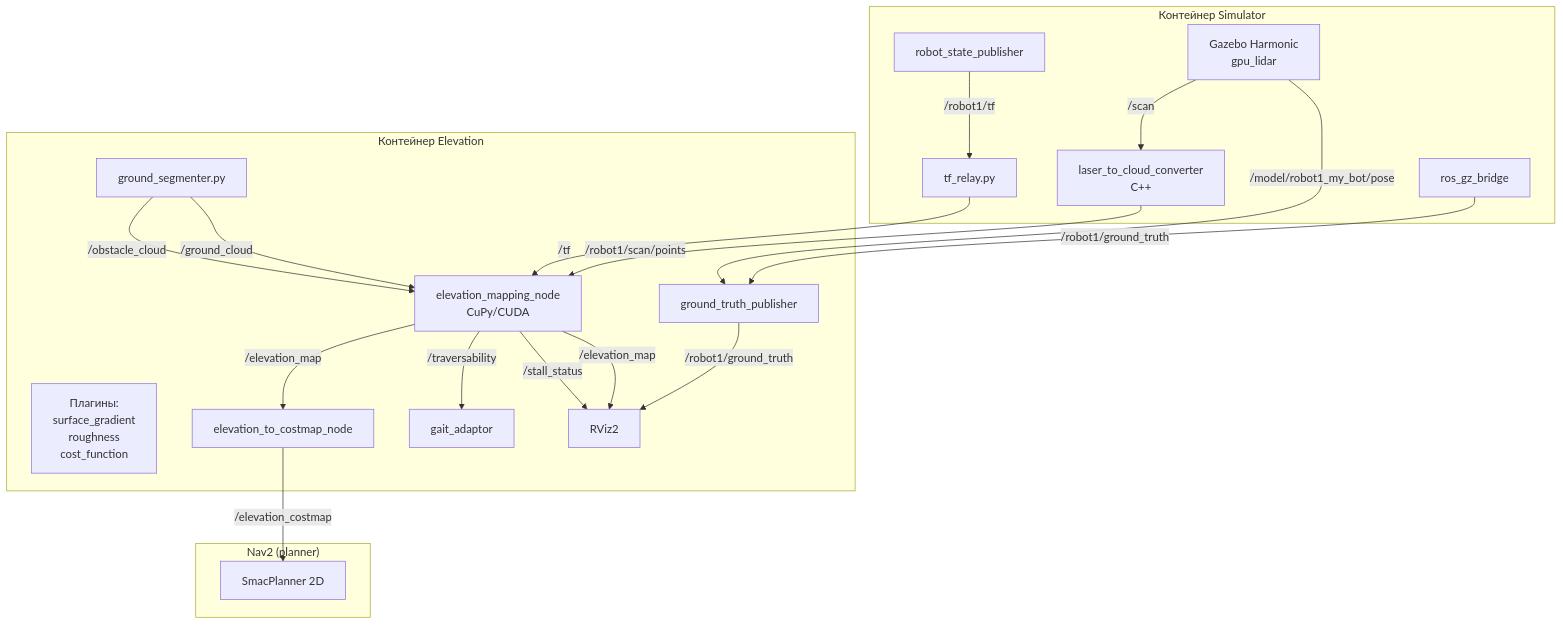
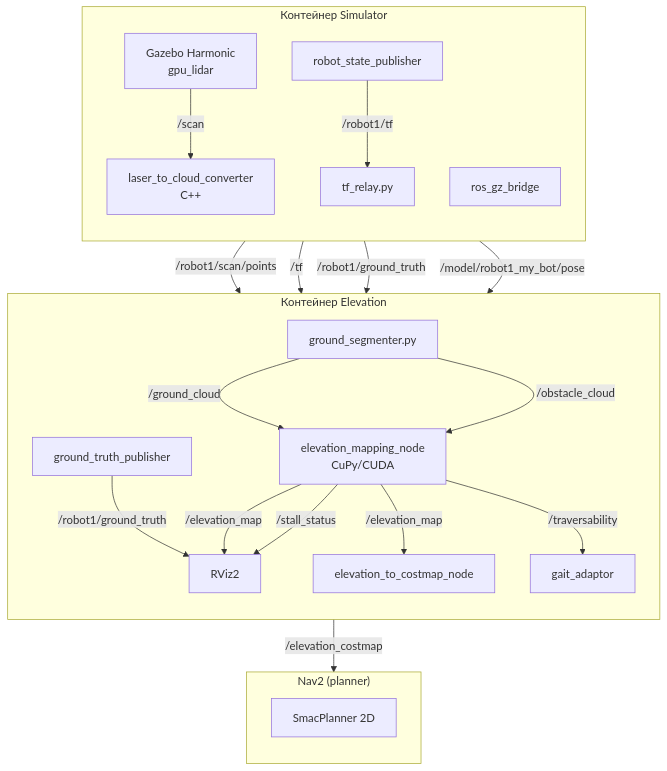
Before and after one commit to RedAlexDad/WalkingRobotSim: the first of 2 diagrams in docs/NIRS/ch3_02_architecture.md, drawn with Mermaid.

Commit message:
fix: перевести диаграмму архитектуры на вертикальную компоновку
Добавлен direction TB в подграфы для вертикального
расположения узлов. Удалён неиспользуемый узел Плагины.

````diff
--- a/docs/NIRS/ch3_02_architecture.md
+++ b/docs/NIRS/ch3_02_architecture.md
@@ -11,39 +11,41 @@
 ```mermaid
 graph TB
     subgraph Sim["Контейнер Simulator"]
+        direction TB
         GZ[Gazebo Harmonic<br/>gpu_lidar]
         L2C[laser_to_cloud_converter<br/>C++]
         RSP[robot_state_publisher]
         REL[tf_relay.py]
         GZB[ros_gz_bridge]
     end
 
     subgraph Elev["Контейнер Elevation"]
+        direction TB
         GS[ground_segmenter.py]
         EM[elevation_mapping_node<br/>CuPy/CUDA]
-        PL[Плагины:<br/>surface_gradient<br/>roughness<br/>cost_function]
         CB[elevation_to_costmap_node]
         GA[gait_adaptor]
+        GT[ground_truth_publisher]
         RV[RViz2]
-        GT[ground_truth_publisher]
     end
 
     subgraph Nav2["Nav2 (planner)"]
+        direction TB
         SP[SmacPlanner 2D]
     end
 
     GZ -->|/scan| L2C
     L2C -->|/robot1/scan/points| EM
     RSP -->|/robot1/tf| REL
     REL -->|/tf| EM
     GZB -->|/robot1/ground_truth| GT
     GZ -->|/model/robot1_my_bot/pose| GT
     GT -->|/robot1/ground_truth| RV
     GS -->|/ground_cloud| EM
     GS -->|/obstacle_cloud| EM
     EM -->|/elevation_map| CB
     EM -->|/traversability| GA
     CB -->|/elevation_costmap| SP
     EM -->|/elevation_map| RV
     EM -->|/stall_status| RV
 ```
````
